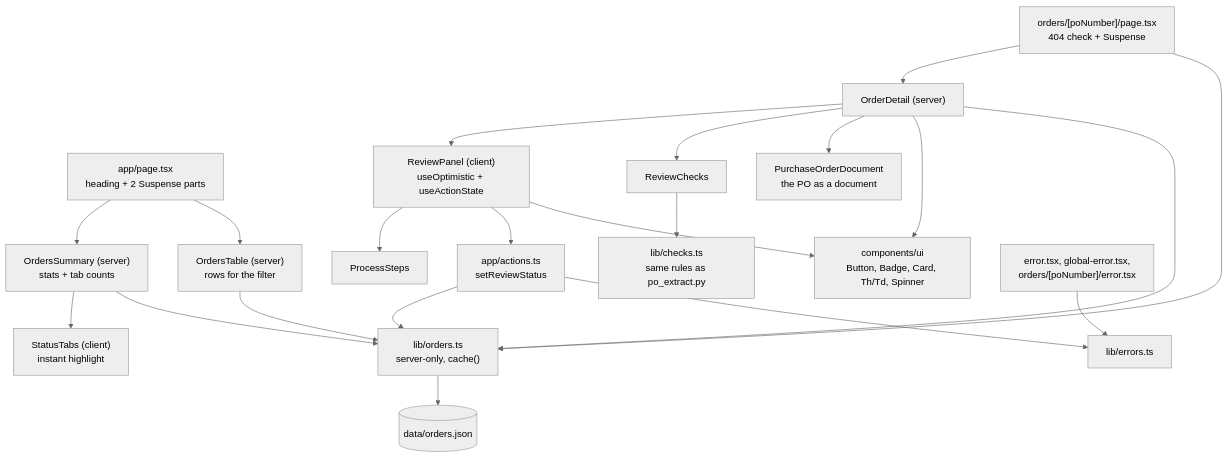
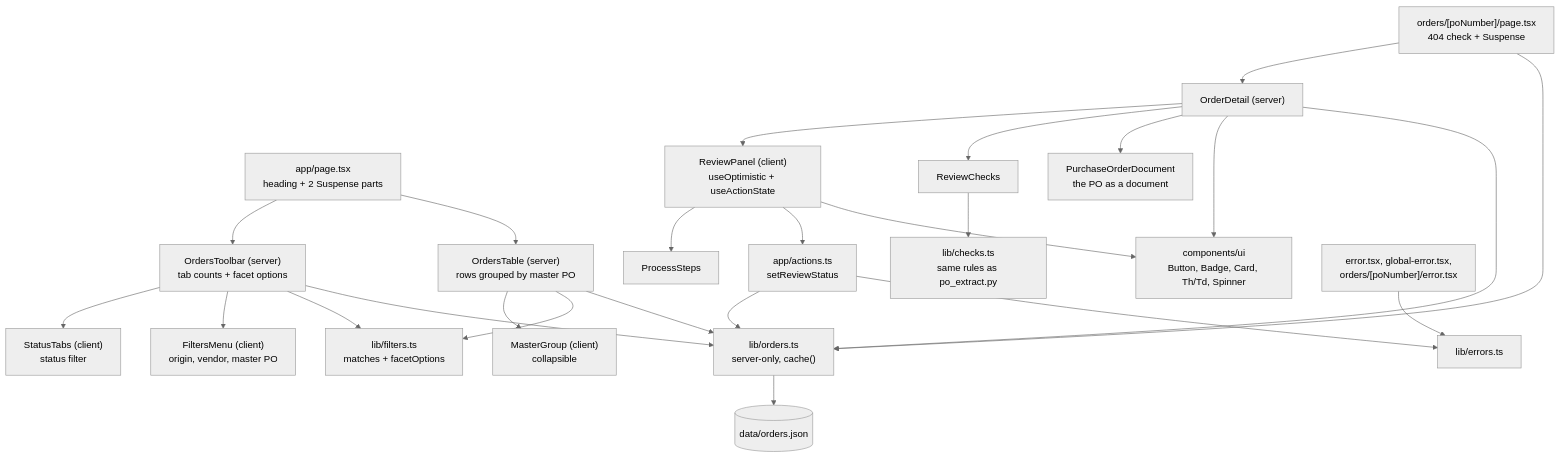
Before and after one commit to TRUPALIX9/bhf-take-home: the third of 10 diagrams in docs/DESIGN.md, drawn with Mermaid (neutral theme). The commit also changed other lines of this file and 21 other files, not shown here.

First line of the commit message:
Faceted filters, master PO hierarchy, collapsible groups

````diff
--- a/docs/DESIGN.md
+++ b/docs/DESIGN.md
@@ -62,23 +62,27 @@
 ```mermaid
 flowchart TD
-  List["app/page.tsx<br/>heading + 2 Suspense parts"] --> Summary["OrdersSummary (server)<br/>stats + tab counts"]
-  List --> Table["OrdersTable (server)<br/>rows for the filter"]
-  Summary --> Tabs["StatusTabs (client)<br/>instant highlight"]
+  List["app/page.tsx<br/>heading + 2 Suspense parts"] --> Toolbar["OrdersToolbar (server)<br/>tab counts + facet options"]
+  List --> Table["OrdersTable (server)<br/>rows grouped by master PO"]
+  Toolbar --> Tabs["StatusTabs (client)<br/>status filter"]
+  Toolbar --> FM["FiltersMenu (client)<br/>origin, vendor, master PO"]
+  Table --> MG["MasterGroup (client)<br/>collapsible"]
+  Toolbar --> F["lib/filters.ts<br/>matches + facetOptions"]
+  Table --> F
   Detail["orders/[poNumber]/page.tsx<br/>404 check + Suspense"] --> OD["OrderDetail (server)"]
   Steps["ProcessSteps"]
   OD --> Review["ReviewPanel (client)<br/>useOptimistic + useActionState"]
   OD --> Checks["ReviewChecks"] --> CK["lib/checks.ts<br/>same rules as po_extract.py"]
   OD --> Doc["PurchaseOrderDocument<br/>the PO as a document"]
   Review --> Steps
   Review --> Action["app/actions.ts<br/>setReviewStatus"]
   OD --> UI["components/ui<br/>Button, Badge, Card, Th/Td, Spinner"]
   Review --> UI
   Action --> Orders["lib/orders.ts<br/>server-only, cache()"]
-  Summary --> Orders
+  Toolbar --> Orders
   Table --> Orders
   OD --> Orders
   Detail --> Orders
   Action --> Errors["lib/errors.ts"]
   Boundaries["error.tsx, global-error.tsx,<br/>orders/[poNumber]/error.tsx"] --> Errors
   Orders --> Seed[("data/orders.json")]
 ```
````
